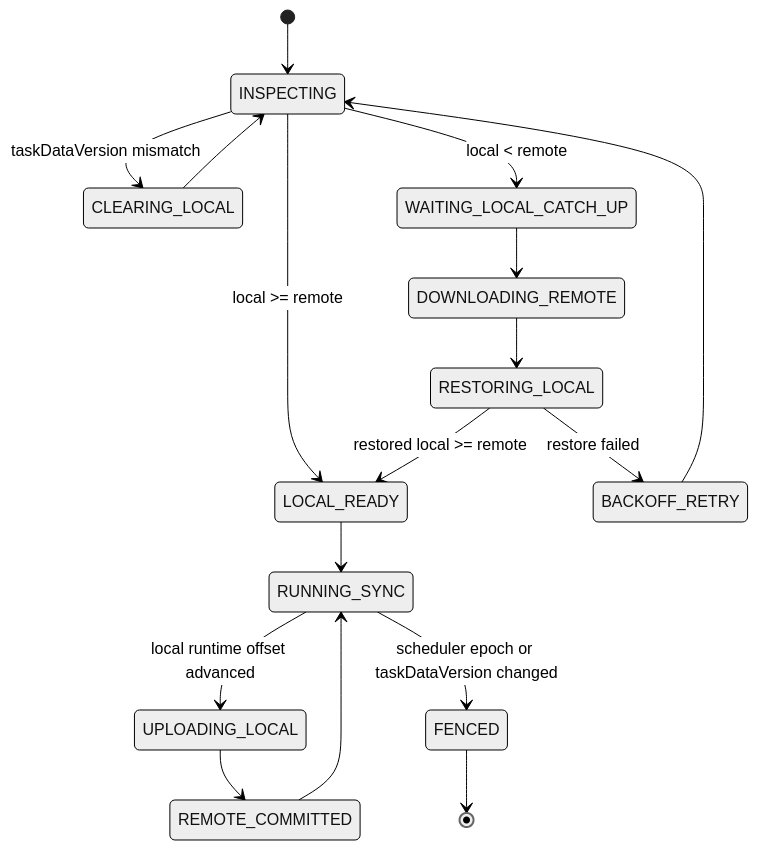
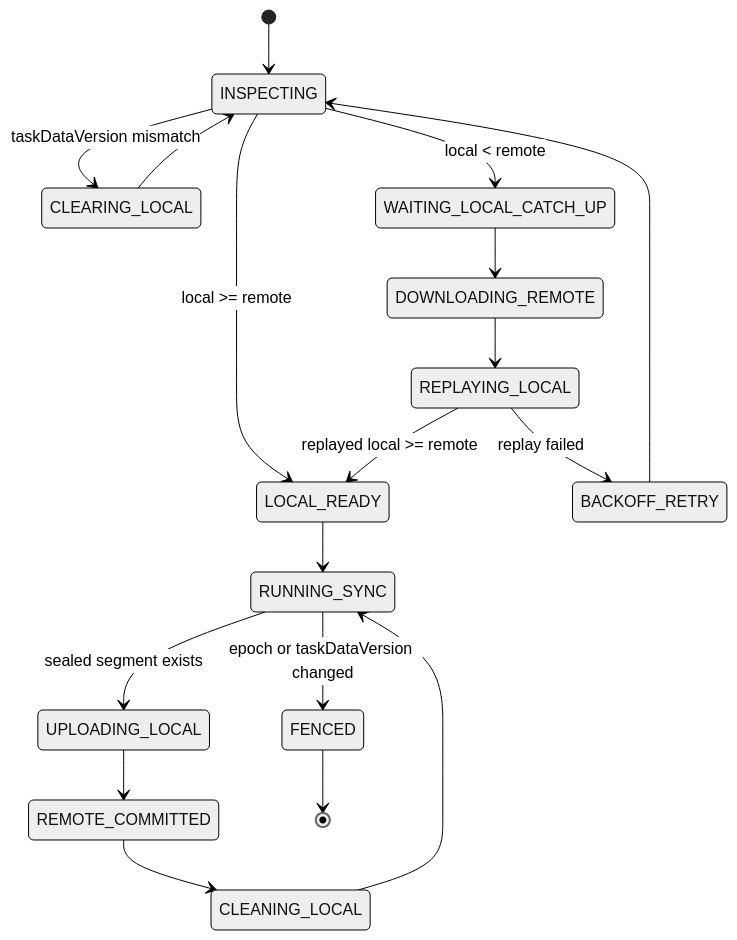
The second of 2 diagrams in docs/DuckDB HA方案-备份文件方案详细设计V2.md (tapdata/tapdata), drawn with Mermaid (neutral theme) before and after one commit. The commit also changed other lines of this file, not shown here.

````diff
--- a/docs/DuckDB HA方案-备份文件方案详细设计V2.md
+++ b/docs/DuckDB HA方案-备份文件方案详细设计V2.md
@@ -717,19 +1242,20 @@
 ```mermaid
 stateDiagram-v2
   [*] --> INSPECTING
   INSPECTING --> CLEARING_LOCAL: taskDataVersion mismatch
   CLEARING_LOCAL --> INSPECTING
   INSPECTING --> LOCAL_READY: local >= remote
   INSPECTING --> WAITING_LOCAL_CATCH_UP: local < remote
   WAITING_LOCAL_CATCH_UP --> DOWNLOADING_REMOTE
-  DOWNLOADING_REMOTE --> RESTORING_LOCAL
-  RESTORING_LOCAL --> LOCAL_READY: restored local >= remote
-  RESTORING_LOCAL --> BACKOFF_RETRY: restore failed
+  DOWNLOADING_REMOTE --> REPLAYING_LOCAL
+  REPLAYING_LOCAL --> LOCAL_READY: replayed local >= remote
+  REPLAYING_LOCAL --> BACKOFF_RETRY: replay failed
   BACKOFF_RETRY --> INSPECTING
   LOCAL_READY --> RUNNING_SYNC
-  RUNNING_SYNC --> UPLOADING_LOCAL: local runtime offset advanced
+  RUNNING_SYNC --> UPLOADING_LOCAL: sealed segment exists
   UPLOADING_LOCAL --> REMOTE_COMMITTED
-  REMOTE_COMMITTED --> RUNNING_SYNC
-  RUNNING_SYNC --> FENCED: scheduler epoch or taskDataVersion changed
+  REMOTE_COMMITTED --> CLEANING_LOCAL
+  CLEANING_LOCAL --> RUNNING_SYNC
+  RUNNING_SYNC --> FENCED: epoch or taskDataVersion changed
   FENCED --> [*]
 ```
````
